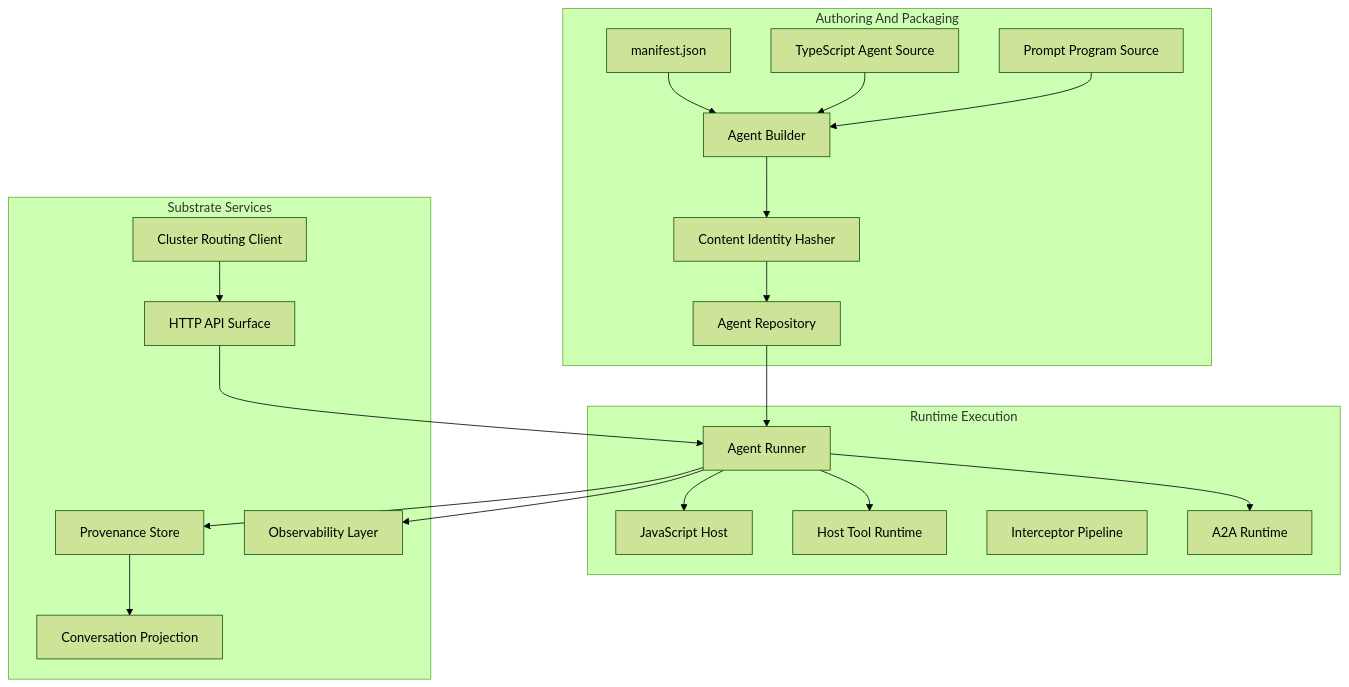
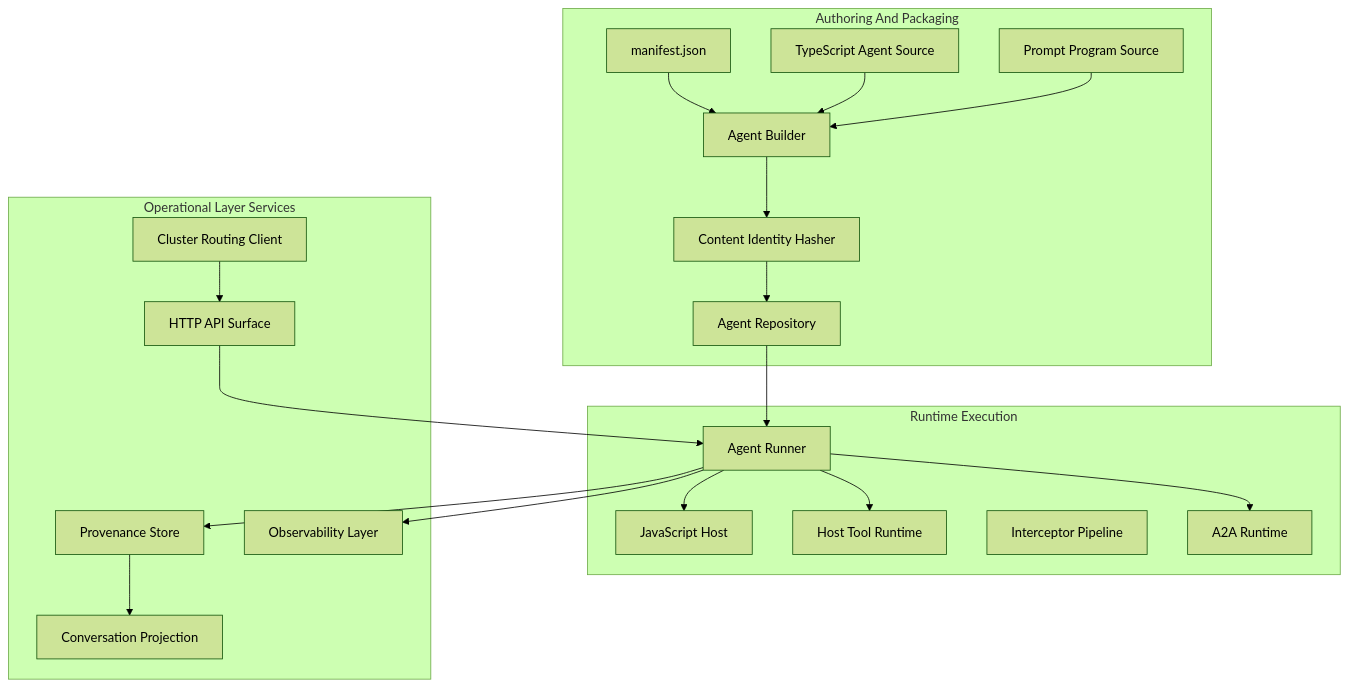
One commit to semiotic-agentium/agentium-os changed the second of 6 diagrams in docs/agentium-os-architectural-white-paper.md. Above: the diagram before and after it, drawn with Mermaid (forest theme). The commit also changed other lines of this file, not shown here.

Commit message:
docs: refine Agentium OS architectural white paper

````diff
--- a/docs/agentium-os-architectural-white-paper.md
+++ b/docs/agentium-os-architectural-white-paper.md
@@ -238,42 +246,42 @@
 ```mermaid
 flowchart TD
     subgraph authoring["Authoring And Packaging"]
         AgentManifest["manifest.json"]
         AgentTs["TypeScript Agent Source"]
         AgentBaml["Prompt Program Source"]
         BuilderCrate["Agent Builder"]
         HashCrate["Content Identity Hasher"]
         RepositoryCrate["Agent Repository"]
     end
 
     subgraph runtime["Runtime Execution"]
         RunnerCrate["Agent Runner"]
         QuickJsCrate["JavaScript Host"]
         ToolsCrate["Host Tool Runtime"]
         InterceptorCrate["Interceptor Pipeline"]
         A2aCrate["A2A Runtime"]
     end
 
-    subgraph substrate["Substrate Services"]
+    subgraph operationalLayer["Operational Layer Services"]
         ProvenanceCrate["Provenance Store"]
         ConversationCrate["Conversation Projection"]
         ObservabilityCrate["Observability Layer"]
         ApiCrate["HTTP API Surface"]
         RouterCrate["Cluster Routing Client"]
     end
 
     AgentManifest --> BuilderCrate
     AgentTs --> BuilderCrate
     AgentBaml --> BuilderCrate
     BuilderCrate --> HashCrate
     HashCrate --> RepositoryCrate
     RepositoryCrate --> RunnerCrate
     RunnerCrate --> QuickJsCrate
     RunnerCrate --> ToolsCrate
     RunnerCrate --> A2aCrate
     RunnerCrate --> ProvenanceCrate
     RunnerCrate --> ObservabilityCrate
     ApiCrate --> RunnerCrate
     RouterCrate --> ApiCrate
     ProvenanceCrate --> ConversationCrate
 ```
````
